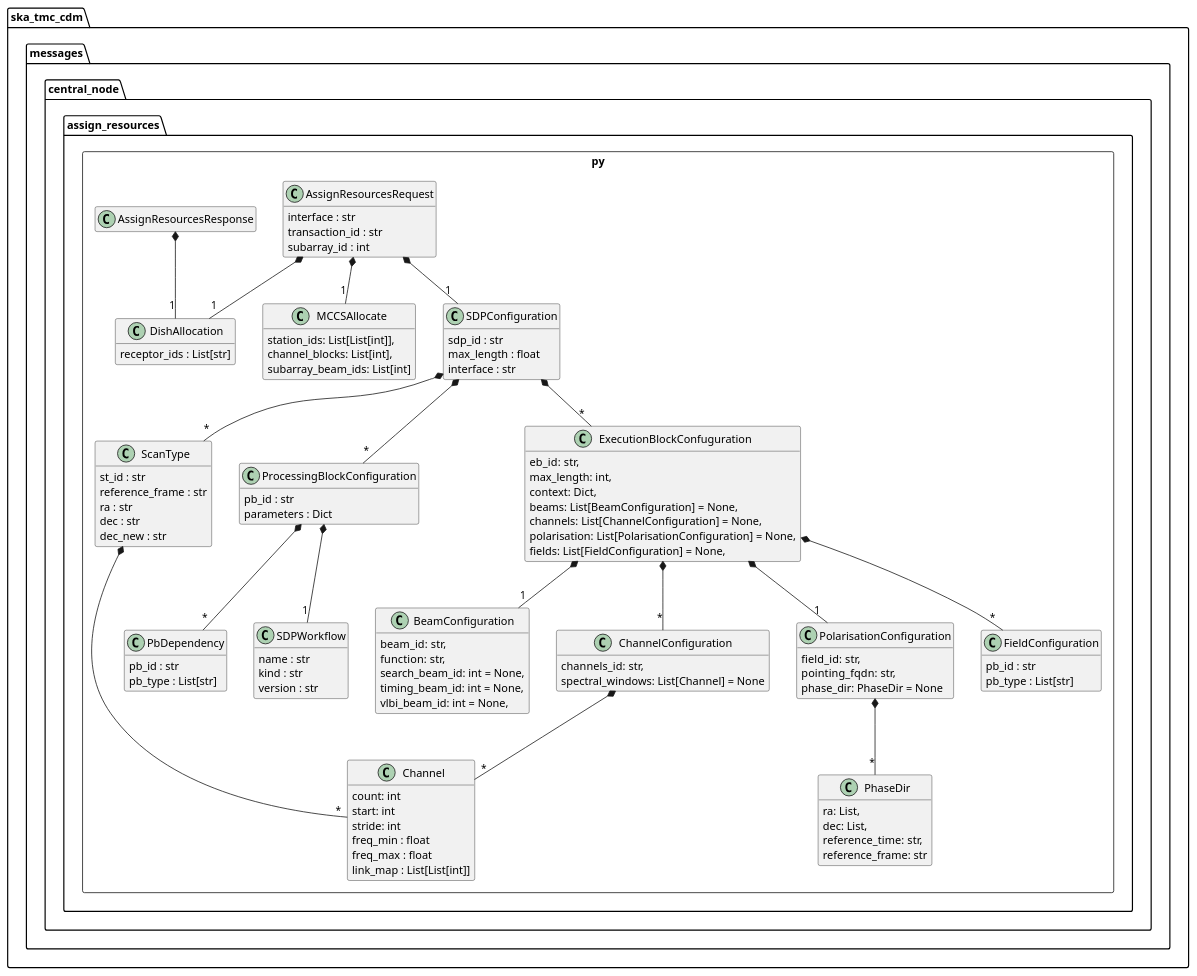
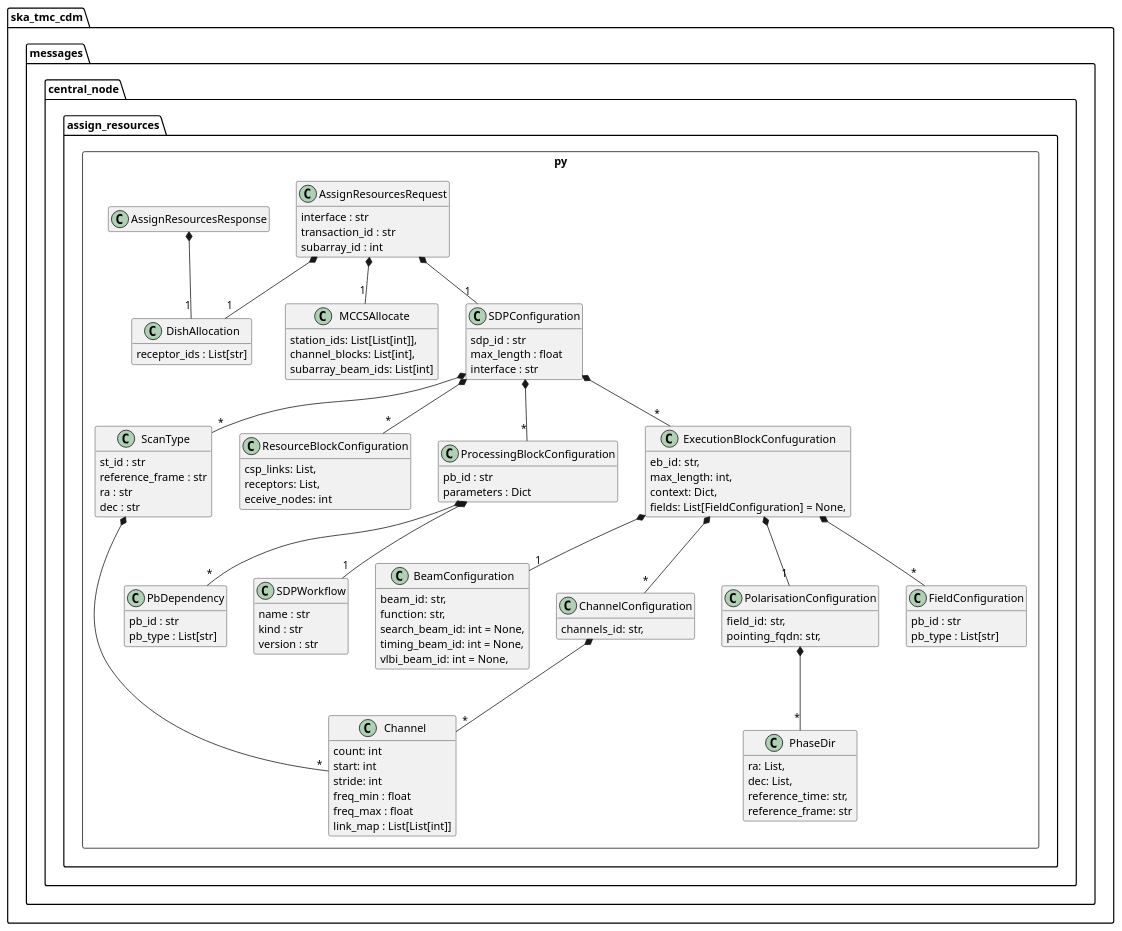
The diagram in docs/src/developer/centralnode/assignresources.puml (ska-telescope/cdm-shared-library), drawn with PlantUML before and after one commit. The commit also changed 1 other file, not shown here.

```diff
--- a/docs/src/developer/centralnode/assignresources.puml
+++ b/docs/src/developer/centralnode/assignresources.puml
@@ -1,118 +1,117 @@
 @startuml
 hide empty members
 
 package ska_tmc_cdm.messages.central_node {
     package assign_resources.py <<Rectangle>> {
         class DishAllocation {
             receptor_ids : List[str]
         }
 
         class MCCSAllocate {
             station_ids: List[List[int]],
             channel_blocks: List[int],
             subarray_beam_ids: List[int]
         }
 
         class Channel {
             count: int
             start: int
             stride: int
             freq_min : float
             freq_max : float
             link_map : List[List[int]]
         }
 
         class ScanType {
             st_id : str
             reference_frame : str
             ra : str
             dec : str
-            dec_new : str
         }
         ScanType *-- "*" Channel
 
         class PbDependency {
             pb_id : str
             pb_type : List[str]
+        }
+         class ResourceBlockConfiguration {
+            csp_links: List, 
+            receptors: List,
+            eceive_nodes: int
         }
         class PhaseDir {
             ra: List,
             dec: List, 
             reference_time: str, 
             reference_frame: str
         }
         class BeamConfiguration {
             beam_id: str,
             function: str,
             search_beam_id: int = None,
             timing_beam_id: int = None,
             vlbi_beam_id: int = None,
         }
         class ChannelConfiguration {
             channels_id: str, 
-            spectral_windows: List[Channel] = None
-            
         }
         ChannelConfiguration  *-- "*" Channel
         class PolarisationConfiguration {
             field_id: str, 
             pointing_fqdn: str, 
-            phase_dir: PhaseDir = None
         }
         PolarisationConfiguration  *-- "*" PhaseDir
         class FieldConfiguration {
             pb_id : str
             pb_type : List[str]
         }
         class SDPWorkflow {
             name : str
             kind : str
             version : str
         }
 
         class ProcessingBlockConfiguration {
             pb_id : str
             parameters : Dict
         }
         ProcessingBlockConfiguration  *-- "1" SDPWorkflow
         ProcessingBlockConfiguration  *-- "*" PbDependency
 
         class ExecutionBlockConfuguration {
             eb_id: str,
             max_length: int,
             context: Dict,
-            beams: List[BeamConfiguration] = None,
-            channels: List[ChannelConfiguration] = None,
-            polarisation: List[PolarisationConfiguration] = None,
             fields: List[FieldConfiguration] = None,
         }
         ExecutionBlockConfuguration  *-- "1" BeamConfiguration
         ExecutionBlockConfuguration  *-- "*" ChannelConfiguration
         ExecutionBlockConfuguration  *-- "1" PolarisationConfiguration
         ExecutionBlockConfuguration  *-- "*" FieldConfiguration
 
         class SDPConfiguration {
             sdp_id : str
             max_length : float
             interface : str
         }
         SDPConfiguration *-- "*" ScanType
         SDPConfiguration *-- "*" ProcessingBlockConfiguration
         SDPConfiguration *-- "*" ExecutionBlockConfuguration
+        SDPConfiguration *-- "*" ResourceBlockConfiguration
 
         class AssignResourcesRequest {
             interface : str
             transaction_id : str
             subarray_id : int
         }
 
         AssignResourcesRequest *-- "1" DishAllocation
         AssignResourcesRequest *-- "1" MCCSAllocate
         AssignResourcesRequest *-- "1" SDPConfiguration
 
         class AssignResourcesResponse
         AssignResourcesResponse *-- "1" DishAllocation
 	}
 }
 
 @enduml
```
